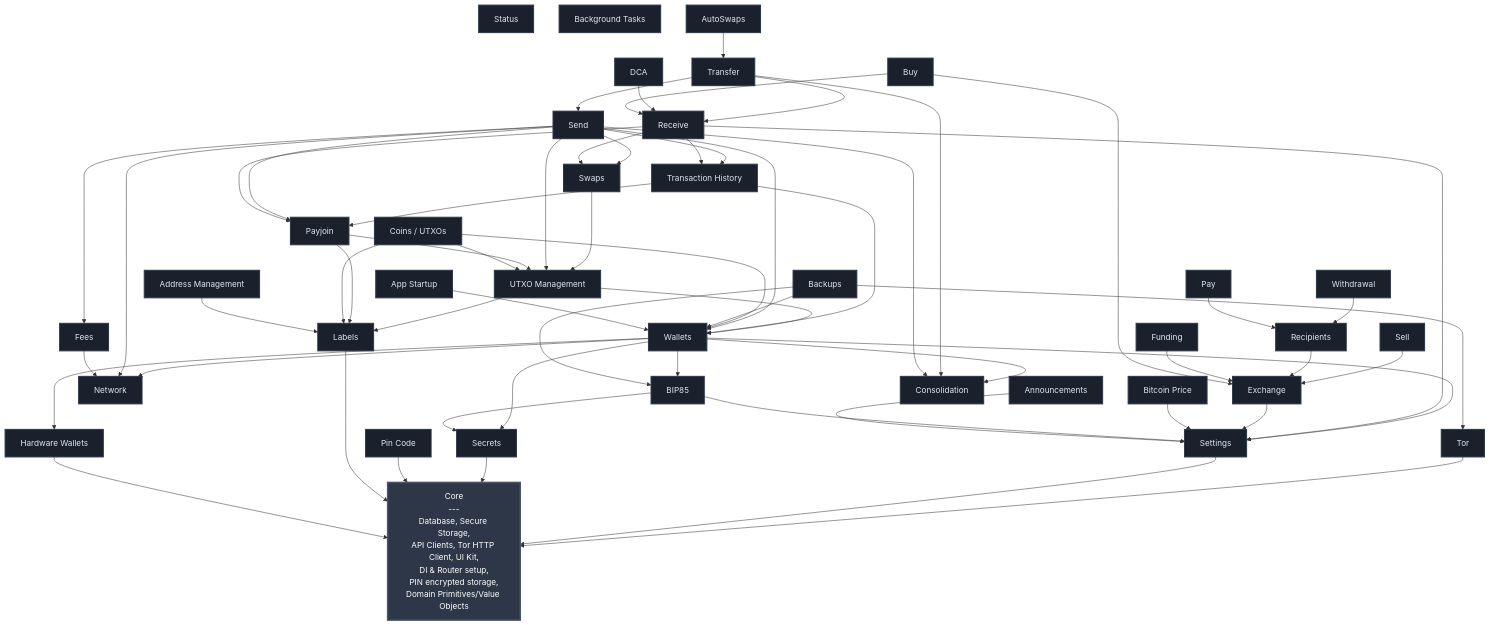
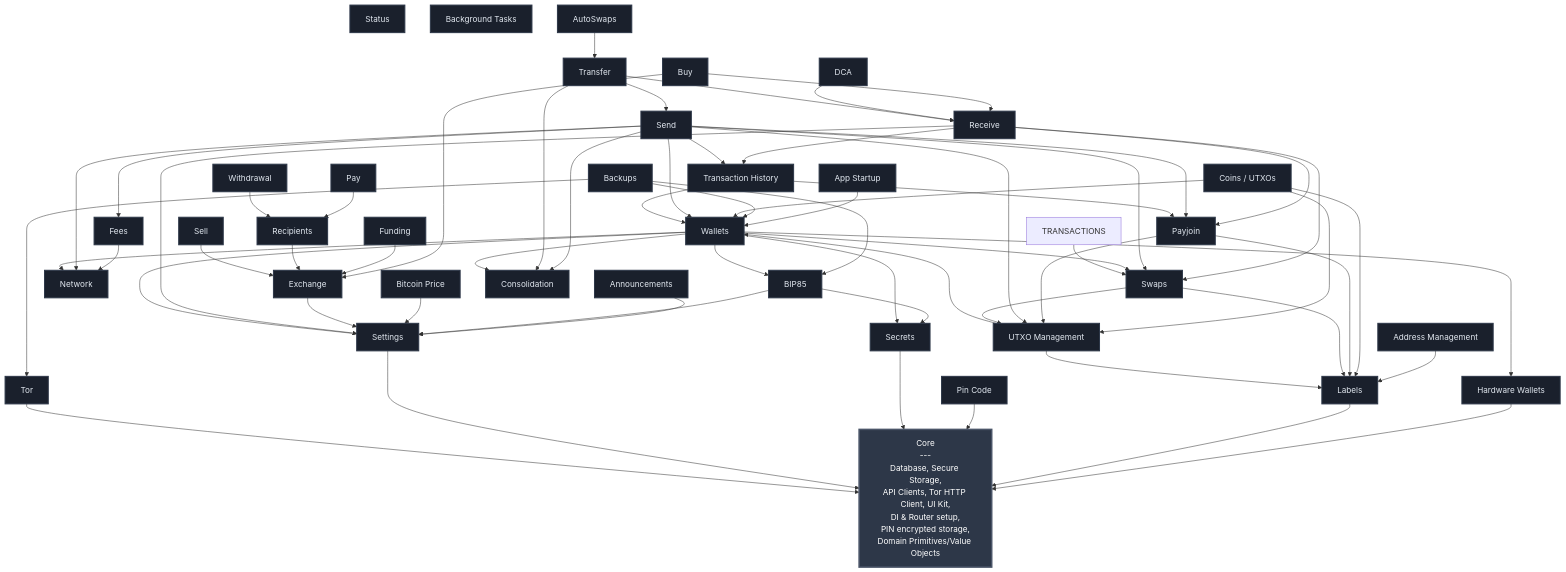
Before and after one commit to SatoshiPortal/bullbitcoin-mobile: the diagram in FEATURES.md, drawn with Mermaid. The commit also changed 184 other files, not shown here.

```diff
--- a/FEATURES.md
+++ b/FEATURES.md
@@ -94,6 +94,9 @@
     SEND --> WALLETS
     SETTINGS --> CORE
     SWAPS --> UTXO_MGMT
+    SWAPS --> LABELS
+    WALLETS --> SWAPS
+    TRANSACTIONS --> SWAPS
     TOR --> CORE
     TRANSFER --> CONSOLIDATION
     TRANSFER --> SEND
```
